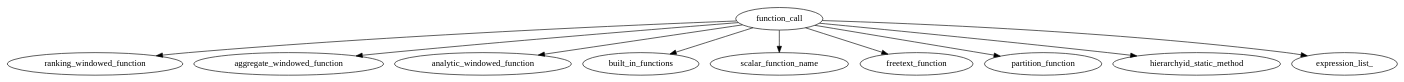
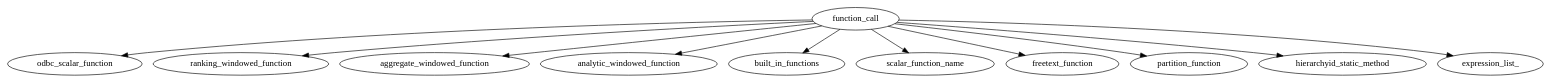
One commit to Crary-Systems/tree-sitter-tsql changed the diagram in docs/roadmap/grammar/function_call.dot. Above: the diagram before and after it, drawn with Graphviz. The commit also changed 11 other files, not shown here.

Commit message:
Start work on odbc_scalar_functions

```diff
--- a/docs/roadmap/grammar/function_call.dot
+++ b/docs/roadmap/grammar/function_call.dot
@@ -1,14 +1,16 @@
 digraph {
   function_call
+
+  function_call -> odbc_scalar_function
 
   function_call -> ranking_windowed_function
   function_call -> aggregate_windowed_function
   function_call -> analytic_windowed_function
   function_call -> built_in_functions
   function_call -> scalar_function_name
   function_call -> freetext_function
   function_call -> partition_function
   function_call -> hierarchyid_static_method
   function_call -> expression_list_
 
 }
```
